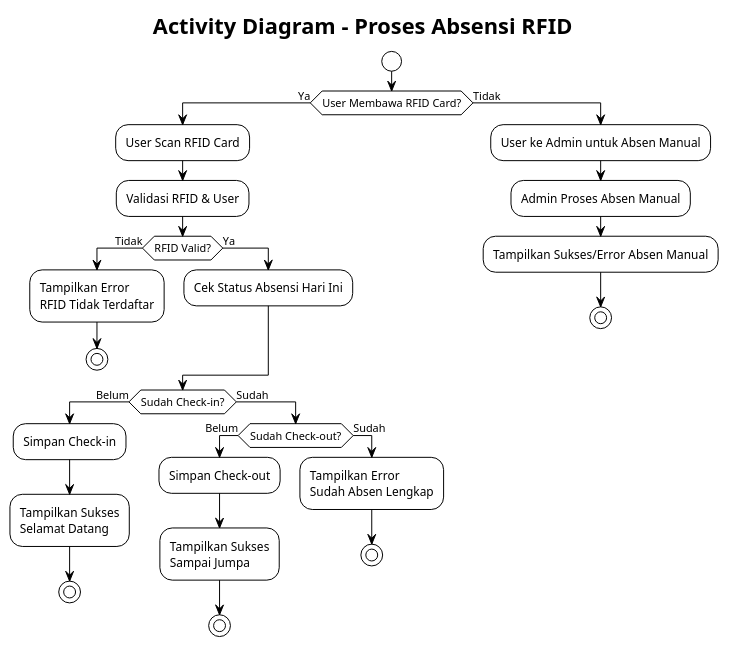
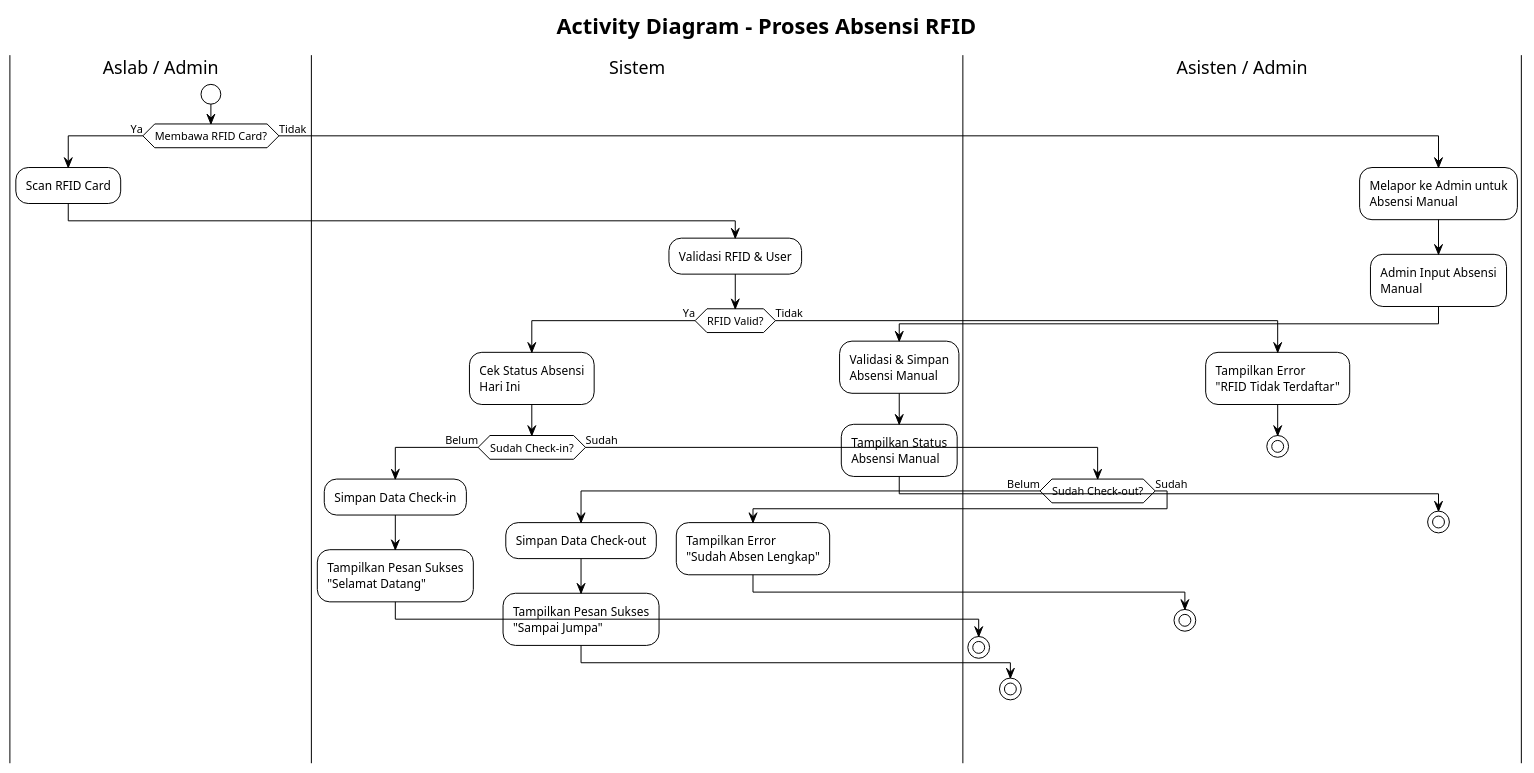
Before and after one commit to zalzdarkent/absensi_aslab_react: the diagram in docs/diagrams/activity/proses_absensi_rfid.puml, drawn with PlantUML. The commit also changed 11 other files, not shown here.

```diff
--- a/docs/diagrams/activity/proses_absensi_rfid.puml
+++ b/docs/diagrams/activity/proses_absensi_rfid.puml
@@ -1,38 +1,55 @@
 @startuml Proses Absensi RFID
 !theme plain
 
 title Activity Diagram - Proses Absensi RFID
 
+|Aslab / Admin|
 start
 
-if (User Membawa RFID Card?) then (Ya)
-  :User Scan RFID Card;
+if (Membawa RFID Card?) then (Ya)
+  :Scan RFID Card;
+
+  |Sistem|
   :Validasi RFID & User;
-  if (RFID Valid?) then (Tidak)
-    :Tampilkan Error\nRFID Tidak Terdaftar;
-    stop
-  else (Ya)
-    :Cek Status Absensi Hari Ini;
-  endif
-  if (Sudah Check-in?) then (Belum)
-    :Simpan Check-in;
-    :Tampilkan Sukses\nSelamat Datang;
-    stop
-  else (Sudah)
-    if (Sudah Check-out?) then (Belum)
-      :Simpan Check-out;
-      :Tampilkan Sukses\nSampai Jumpa;
+  
+  if (RFID Valid?) then (Ya)
+    :Cek Status Absensi\nHari Ini;
+    
+    if (Sudah Check-in?) then (Belum)
+      :Simpan Data Check-in;
+      :Tampilkan Pesan Sukses\n"Selamat Datang";
+      |Asisten / Admin|
       stop
     else (Sudah)
-      :Tampilkan Error\nSudah Absen Lengkap;
-      stop
+      if (Sudah Check-out?) then (Belum)
+        |Sistem|
+        :Simpan Data Check-out;
+        :Tampilkan Pesan Sukses\n"Sampai Jumpa";
+        |Asisten / Admin|
+        stop
+      else (Sudah)
+        |Sistem|
+        :Tampilkan Error\n"Sudah Absen Lengkap";
+        |Asisten / Admin|
+        stop
+      endif
     endif
+  else (Tidak)
+    :Tampilkan Error\n"RFID Tidak Terdaftar";
+    |Asisten / Admin|
+    stop
   endif
+
 else (Tidak)
-  :User ke Admin untuk Absen Manual;
-  :Admin Proses Absen Manual;
-  :Tampilkan Sukses/Error Absen Manual;
+  |Asisten / Admin|
+  :Melapor ke Admin untuk\nAbsensi Manual;
+  :Admin Input Absensi\nManual;
+  
+  |Sistem|
+  :Validasi & Simpan\nAbsensi Manual;
+  :Tampilkan Status\nAbsensi Manual;
+  |Asisten / Admin|
   stop
 endif
 
 @enduml
```
